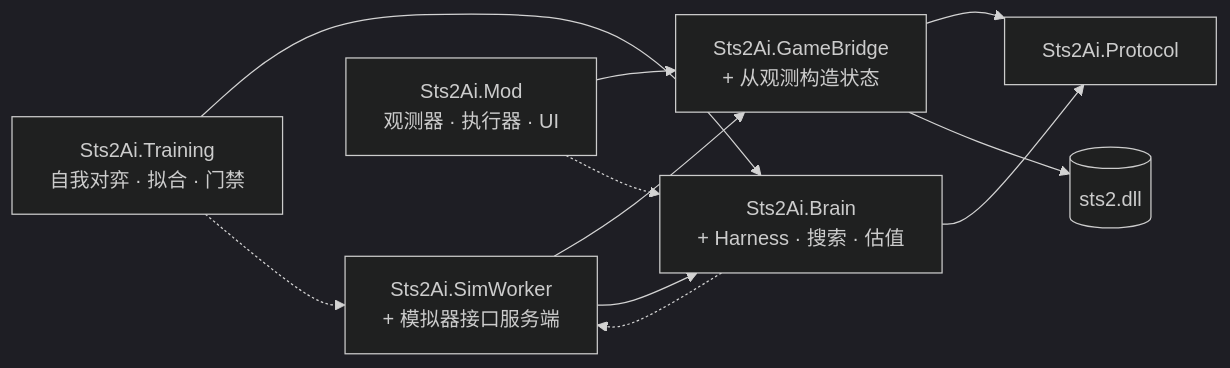
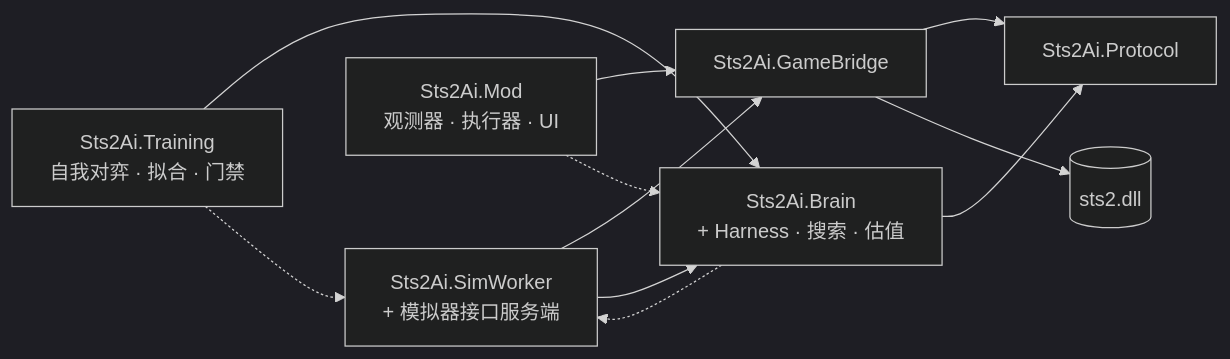
Before and after one commit to shinnku-nikaidou/spire-zero: the seventh of 7 diagrams in docs/architecture.md, drawn with Mermaid (dark theme). The commit also changed other lines of this file and 8 other files, not shown here.

````diff
--- a/docs/architecture.md
+++ b/docs/architecture.md
@@ -232,22 +242,22 @@
 ```mermaid
 flowchart LR
     Protocol["Sts2Ai.Protocol"]
-    Bridge["Sts2Ai.GameBridge<br/>+ 从观测构造状态"]
+    Bridge["Sts2Ai.GameBridge"]
     Sim["Sts2Ai.SimWorker<br/>+ 模拟器接口服务端"]
     Mod["Sts2Ai.Mod<br/>观测器 · 执行器 · UI"]
     Brain["Sts2Ai.Brain<br/>+ Harness · 搜索 · 估值"]
     Train["Sts2Ai.Training<br/>自我对弈 · 拟合 · 门禁"]
     DLL[("sts2.dll")]
 
     Bridge --> Protocol
     Bridge --> DLL
     Sim --> Bridge
     Sim --> Brain
     Mod --> Bridge
     Brain --> Protocol
     Train --> Brain
 
     Mod -.-> Brain
     Brain -.-> Sim
     Train -.-> Sim
 ```
````
